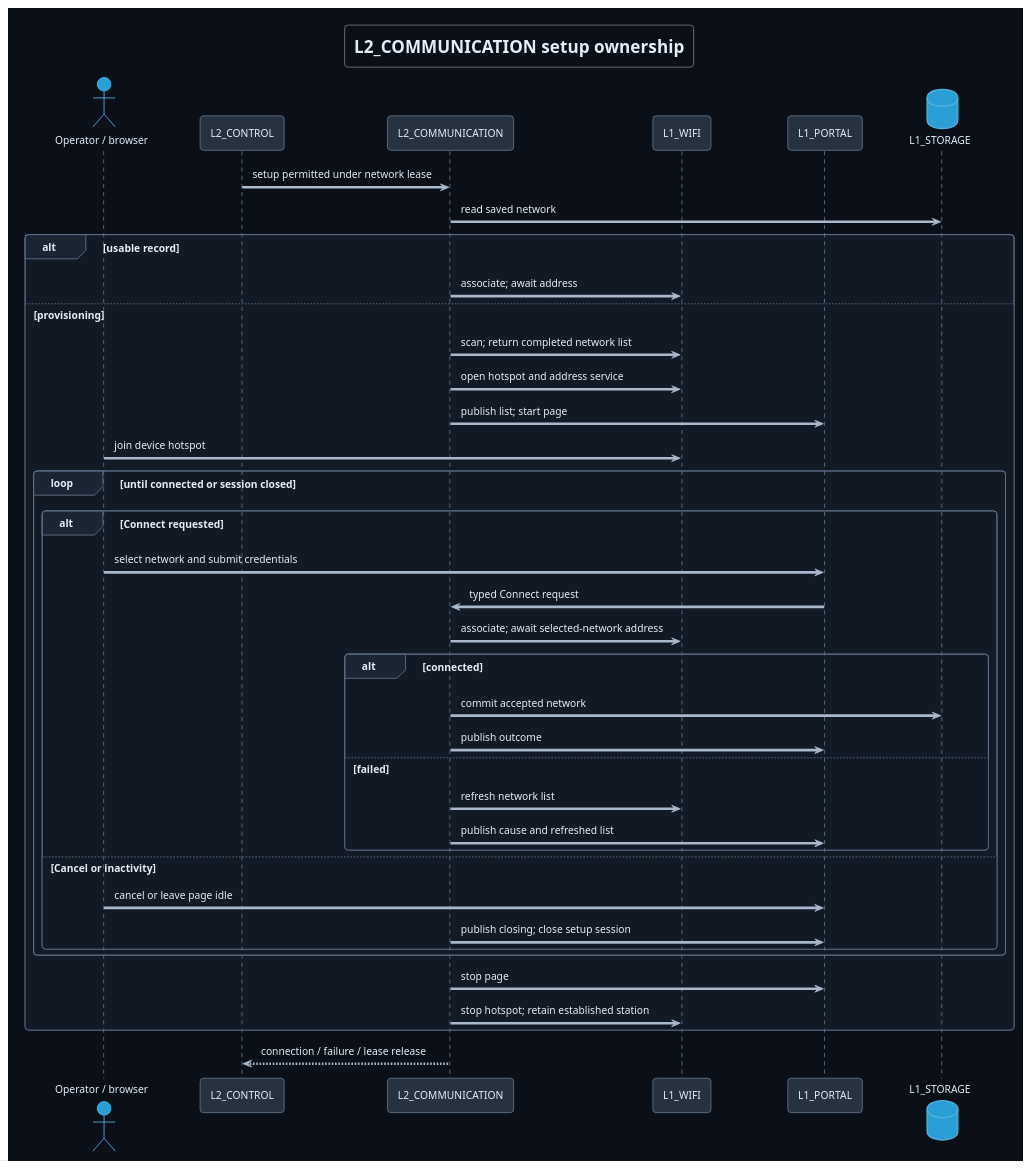
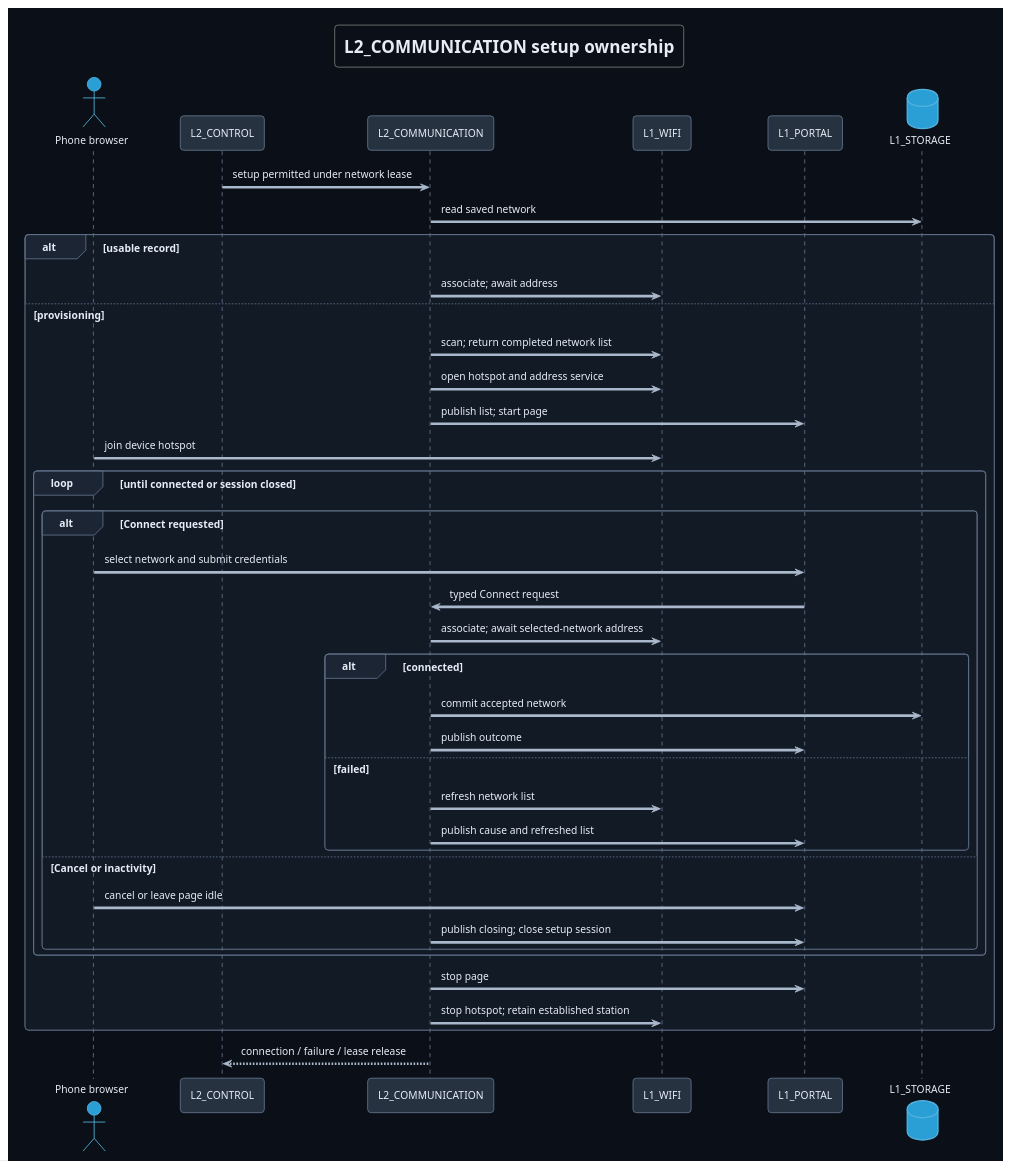
The diagram in Development/system/architecture/COMMUNICATION/puml/setup-sequence.puml (DemonicPsychoII/DigitalStethoscope), drawn with PlantUML before and after one commit. The commit also changed 120 other files, not shown here.

```diff
--- a/Development/system/architecture/COMMUNICATION/puml/setup-sequence.puml
+++ b/Development/system/architecture/COMMUNICATION/puml/setup-sequence.puml
@@ -1,55 +1,55 @@
 @startuml setup_sequence
 !theme cyborg
 skinparam shadowing false
 skinparam defaultFontName SansSerif
 skinparam backgroundColor #0b1018
 skinparam defaultFontColor #e6edf7
 skinparam ArrowColor #a9b8ca
 skinparam sequence {
  ParticipantBackgroundColor #273241
  ParticipantBorderColor #61738a
  ParticipantFontColor #e6edf7
  LifeLineBorderColor #61738a
  GroupBorderColor #61738a
  GroupHeaderFontColor #e6edf7
  GroupBackgroundColor #1b2533
 }
 skinparam sequenceGroupBodyBackGroundColor #121a26
 title L2_COMMUNICATION setup ownership
-actor "Operator / browser" as Operator
+actor "Phone browser" as Operator
 participant "L2_CONTROL" as CONTROL
 participant "L2_COMMUNICATION" as COMMUNICATION
 participant "L1_WIFI" as WIFI
 participant "L1_PORTAL" as PORTAL
 database "L1_STORAGE" as STORAGE
 CONTROL -> COMMUNICATION : setup permitted under network lease
 COMMUNICATION -> STORAGE : read saved network
 alt usable record
  COMMUNICATION -> WIFI : associate; await address
 else provisioning
  COMMUNICATION -> WIFI : scan; return completed network list
  COMMUNICATION -> WIFI : open hotspot and address service
  COMMUNICATION -> PORTAL : publish list; start page
  Operator -> WIFI : join device hotspot
  loop until connected or session closed
   alt Connect requested
    Operator -> PORTAL : select network and submit credentials
    PORTAL -> COMMUNICATION : typed Connect request
    COMMUNICATION -> WIFI : associate; await selected-network address
    alt connected
     COMMUNICATION -> STORAGE : commit accepted network
     COMMUNICATION -> PORTAL : publish outcome
    else failed
     COMMUNICATION -> WIFI : refresh network list
     COMMUNICATION -> PORTAL : publish cause and refreshed list
    end
   else Cancel or inactivity
    Operator -> PORTAL : cancel or leave page idle
    COMMUNICATION -> PORTAL : publish closing; close setup session
   end
  end
  COMMUNICATION -> PORTAL : stop page
  COMMUNICATION -> WIFI : stop hotspot; retain established station
 end
 COMMUNICATION --> CONTROL : connection / failure / lease release
 @enduml
```
